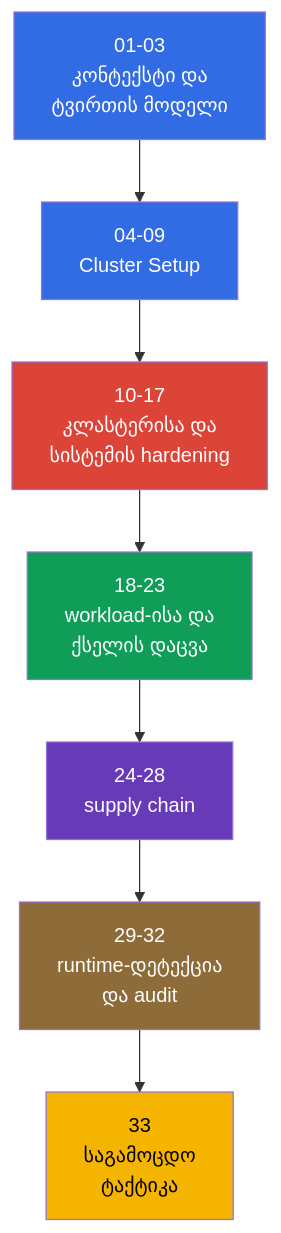
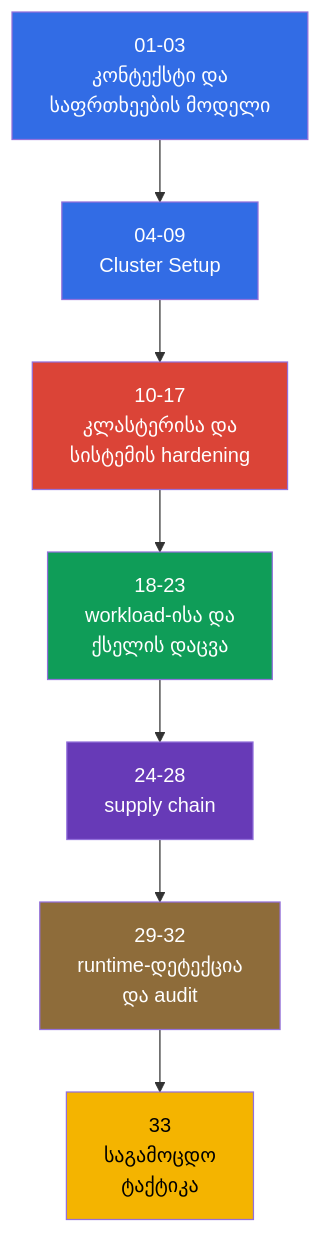
One commit to ViktorUJ/cks changed the third of 3 diagrams in tasks/cks/course/01/ge.md. Above: the diagram before and after it, drawn with Mermaid. The commit also changed other lines of this file and 280 other files, not shown here.

````diff
--- a/tasks/cks/course/01/ge.md
+++ b/tasks/cks/course/01/ge.md
@@ -260,16 +260,16 @@
 ```mermaid
 flowchart TB
-    intro["01-03<br/>კონტექსტი და<br/>ტვირთის მოდელი"] --> setup["04-09<br/>Cluster Setup"]
+    intro["01-03<br/>კონტექსტი და<br/>საფრთხეების მოდელი"] --> setup["04-09<br/>Cluster Setup"]
     setup --> hardening["10-17<br/>კლასტერისა და<br/>სისტემის hardening"]
     hardening --> workload["18-23<br/>workload-ისა და<br/>ქსელის დაცვა"]
     workload --> supply["24-28<br/>supply chain"]
     supply --> detect["29-32<br/>runtime-დეტექცია<br/>და audit"]
     detect --> exam["33<br/>საგამოცდო<br/>ტაქტიკა"]
     style intro fill:#326ce5,color:#fff
     style setup fill:#326ce5,color:#fff
     style hardening fill:#db4437,color:#fff
     style workload fill:#0f9d58,color:#fff
     style supply fill:#673ab7,color:#fff
     style detect fill:#8e6c3a,color:#fff
     style exam fill:#f4b400,color:#000
 ```
````
